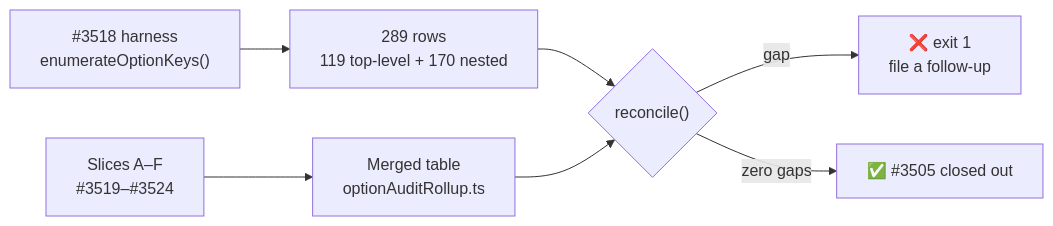
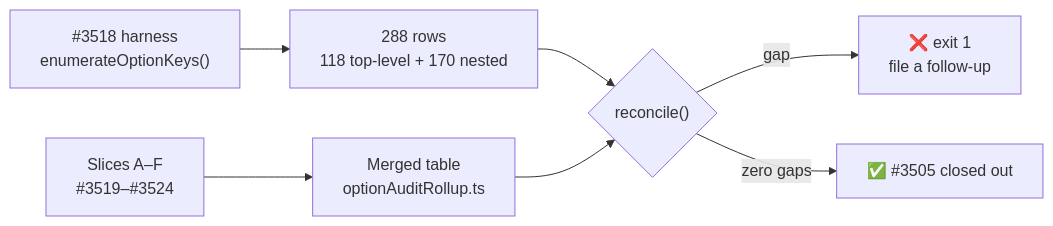
One commit to stSoftwareAU/NEAT-AI changed the first of 2 diagrams in docs/OPTION_AUDIT_CONSOLIDATED.md. Above: the diagram before and after it, drawn with Mermaid. The commit also changed other lines of this file and 11 other files, not shown here.

````diff
--- a/docs/OPTION_AUDIT_CONSOLIDATED.md
+++ b/docs/OPTION_AUDIT_CONSOLIDATED.md
@@ -43,9 +43,9 @@
 ```mermaid
 flowchart LR
-    H["#3518 harness<br/>enumerateOptionKeys()"] --> INV["289 rows<br/>119 top-level + 170 nested"]
+    H["#3518 harness<br/>enumerateOptionKeys()"] --> INV["288 rows<br/>118 top-level + 170 nested"]
     A["Slices A–F<br/>#3519–#3524"] --> TAB["Merged table<br/>optionAuditRollup.ts"]
     INV --> REC{"reconcile()"}
     TAB --> REC
     REC -->|"gap"| GAP["❌ exit 1<br/>file a follow-up"]
     REC -->|"zero gaps"| OK["✅ #3505 closed out"]
 ```
````
